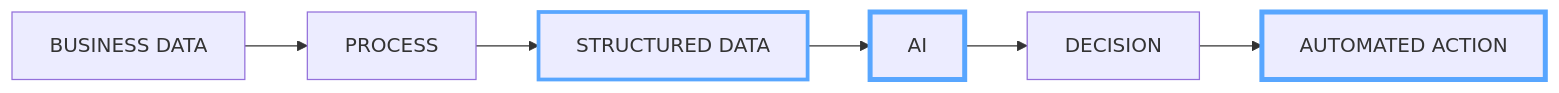
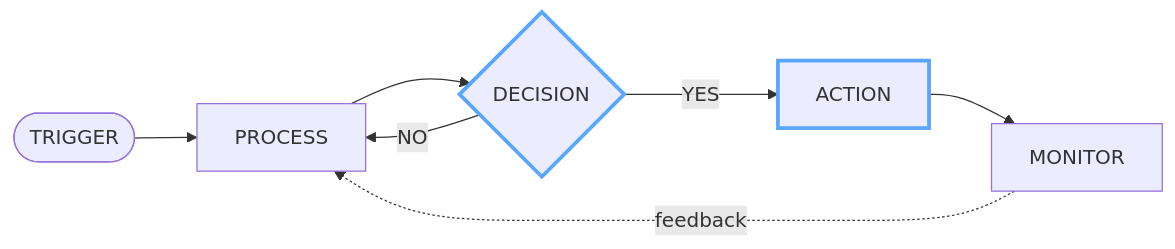
The sixth of 8 diagrams in README.md (Harish-ai-dev/Harish-ai-dev), drawn with Mermaid before and after one commit. The commit also changed other lines of this file, not shown here.

Commit message:
Update README with new sections and diagrams

````diff
--- a/README.md
+++ b/README.md
@@ -179,20 +204,21 @@
-```mermaid id="x4m9k2"
+```mermaid id="n9x2v6"
 flowchart LR
 
-    INPUT["BUSINESS DATA"]
+    TRIGGER(["TRIGGER"])
     PROCESS["PROCESS"]
-    DATA["STRUCTURED DATA"]
-    AI["AI"]
-    DECISION["DECISION"]
-    ACTION["AUTOMATED ACTION"]
+    DECISION{"DECISION"}
+    ACTION["ACTION"]
+    MONITOR["MONITOR"]
 
-    INPUT --> PROCESS
-    PROCESS --> DATA
-    DATA --> AI
-    AI --> DECISION
-    DECISION --> ACTION
+    TRIGGER --> PROCESS
+    PROCESS --> DECISION
 
-    style DATA stroke:#58A6FF,stroke-width:3px
-    style AI stroke:#58A6FF,stroke-width:4px
-    style ACTION stroke:#58A6FF,stroke-width:4px
+    DECISION -->|YES| ACTION
+    DECISION -->|NO| PROCESS
+
+    ACTION --> MONITOR
+    MONITOR -. feedback .-> PROCESS
+
+    style DECISION stroke:#58A6FF,stroke-width:3px
+    style ACTION stroke:#58A6FF,stroke-width:3px
 ```
````
